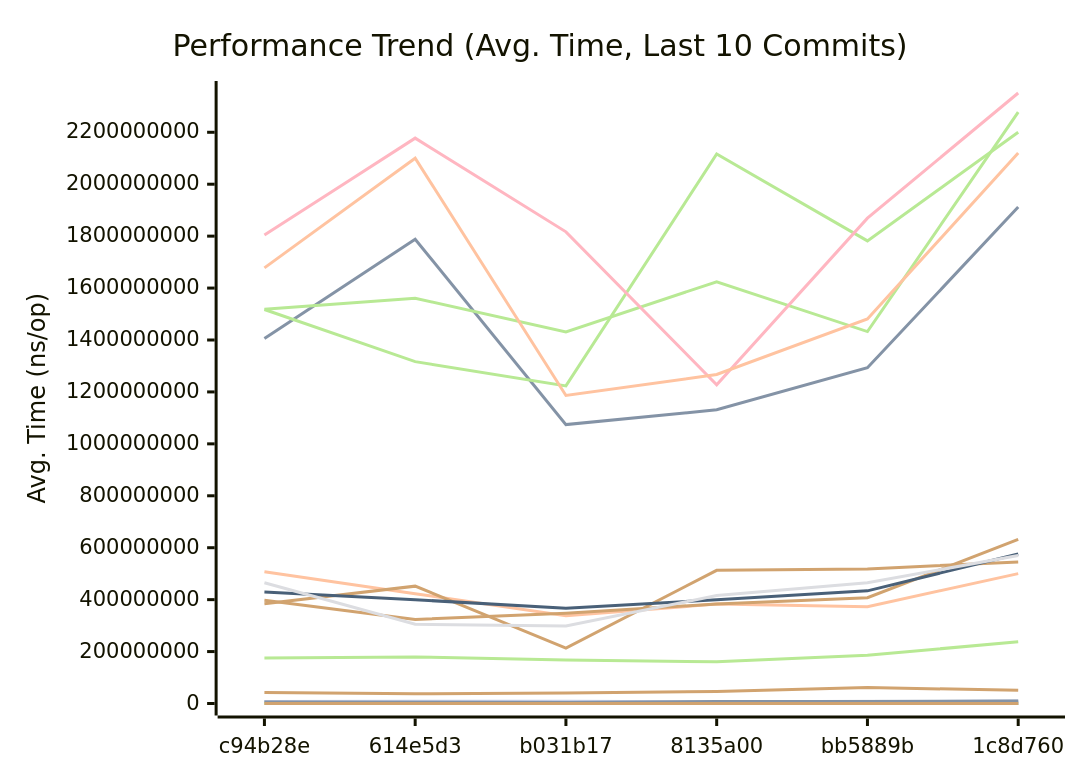
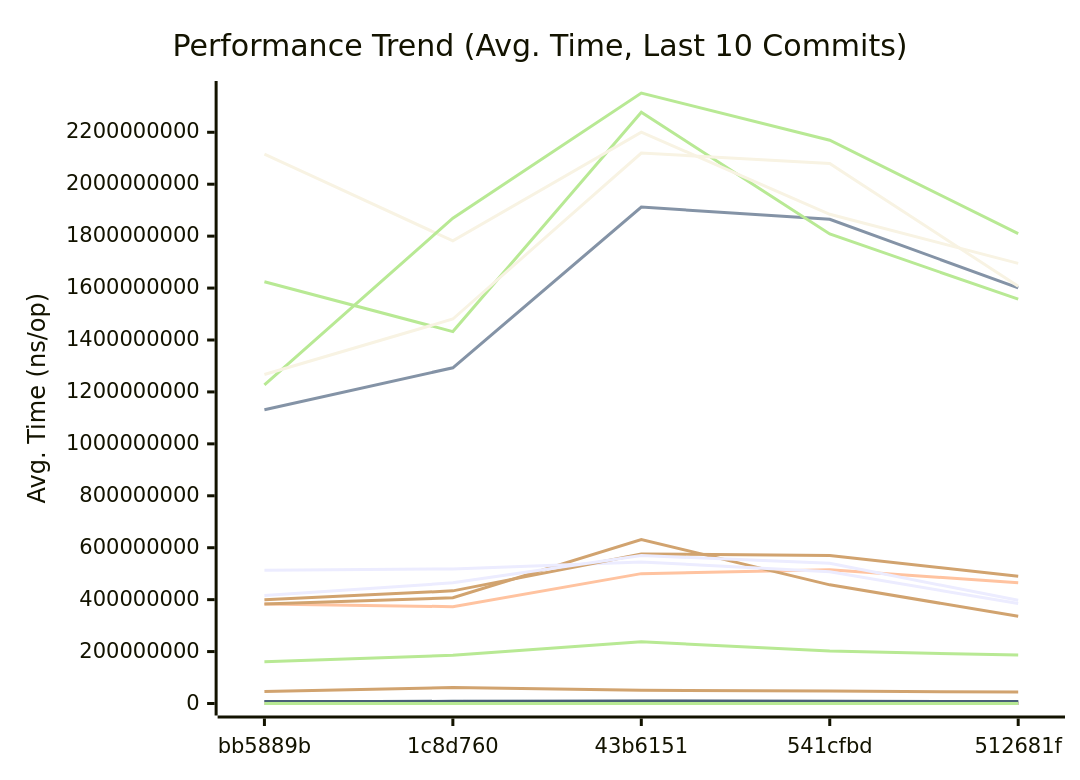
The first of 3 diagrams in docs/REFERENCE/PERFORMANCE.md (alsotoes/momo), drawn with Mermaid before and after one commit. The commit also changed other lines of this file and 17 other files, not shown here.

First line of the commit message:
fix(config): refuse or wire the knobs nobody read (#1323)

````diff
--- a/docs/REFERENCE/PERFORMANCE.md
+++ b/docs/REFERENCE/PERFORMANCE.md
@@ -303,53 +335,62 @@
 ```mermaid
 xychart-beta
     title "Performance Trend (Avg. Time, Last 10 Commits)"
     x-axis "Commit"
     y-axis "Avg. Time (ns/op)"
-    x-axis [c94b28e,614e5d3,b031b17,8135a00,bb5889b,1c8d760]
-    line "AdaptivePutBlob64KiB" [0,0,0,0,0,0,0,0,0,17]
-    line "AWSChunkedReaderSigned" [680259,833482,953309,627888,785988,1067684,922629,835570,548150,405170]
-    line "AWSChunkedReaderUnsigned" [889133,730853,858757,790951,977586,1009938,957235,977699,406537,398826]
-    line "CheckMetricsAndSwap" [17,10,13,15,17,19,19,15,11,8]
-    line "CrushOptimized" [685,798,468,532,465,1105,686,634,334,265]
-    line "CrushOriginal" [855,1268,698,834,795,4070,916,1020,434,366]
-    line "EtagMatches" [0,0,0,0,0,0,0,0,131,136]
-    line "EtagMatchesSplit" [0,0,0,0,0,0,0,0,258,199]
-    line "FormatListObjectsV2XML_AppendFormat" [1782191,1061116,1008647,1406590,1275364,2945065,1883129,1270213,1042577,433859]
-    line "FormatListObjectsV2XML_OldFormat" [907084,473930,533866,813796,870950,1231705,951687,744615,418249,322740]
-    line "HashBytes/1MiB" [5383828,7555000,5598473,4921734,5879995,7762528,6632796,6072494,3710346,3000269]
-    line "HashBytes/256MiB" [1405443275,1788061102,1074265335,1131266592,1293022873,1911922639,1864794800,1600838236,823282797,726614806]
-    line "HashBytes/64MiB" [507641214,422715939,338237103,382860244,372987075,500199690,515415655,464721050,202044522,200382060]
-    line "HashFile/1MiB" [5618671,6533318,4172609,6261739,5169082,7925836,7984742,6072545,3675098,2969187]
-    line "HashFile/256MiB" [1518211227,1560936348,1431277931,1624300639,1432425639,2277372507,1808278202,1557151244,1000066847,739685958]
-    line "HashFile/64MiB" [397822488,323633746,347435470,383484634,407202955,631755332,456982643,336180629,239489276,218262290]
-    line "IndexDirectTracking" [1,1,1,1,1,1,1,1,0,0]
-    line "IndexSearch" [5,4,4,4,5,5,5,4,3,1]
-    line "LastModifiedHeader_AppendFormat" [453,385,315,376,542,692,554,477,216,278]
-    line "LastModifiedHeader_Format" [635,526,444,488,574,945,740,531,268,229]
-    line "ListPartsTime_AppendFormat" [0,0,0,0,0,0,0,0,147,112]
-    line "ListPartsTime_Format" [0,0,0,0,0,0,0,0,228,131]
-    line "LoadGlobalConfig" [21404,21459,15616,14400,18548,33096,27395,21243,10008,7746]
-    line "LocalWrite/1MiB" [782921,673496,973167,928144,1116026,1101952,948941,944282,1010917,347300]
-    line "LocalWrite/256MiB" [175219427,179514948,167743774,160436947,185677716,237694458,201951766,186460606,117006503,121124511]
-    line "LocalWrite/64MiB" [42014368,37648886,40720206,46095057,61144515,51244002,47739884,44142497,30347924,28019036]
-    line "PadString" [86,67,85,80,88,254,130,105,43,37]
-    line "ParseAWSChunkHeader" [0,0,0,0,0,0,0,0,60,48]
+    x-axis [bb5889b,1c8d760,43b6151,541cfbd,512681f]
+    line "AdaptivePutBlob64KiB" [0,0,0,0,0,0,17,11,14,14]
+    line "AWSChunkedReaderSigned" [627888,785988,1067684,922629,835570,548150,405170,491416,498672,442773]
+    line "AWSChunkedReaderUnsigned" [790951,977586,1009938,957235,977699,406537,398826,461568,451388,492050]
+    line "CheckMetricsAndSwap" [15,17,19,19,15,11,8,9,10,10]
+    line "CrushOptimized" [532,465,1105,686,634,334,265,292,400,336]
+    line "CrushOriginal" [834,795,4070,916,1020,434,366,438,496,496]
+    line "EtagMatches" [0,0,0,0,0,131,136,136,140,163]
+    line "EtagMatchesSplit" [0,0,0,0,0,258,199,258,242,236]
+    line "FormatListObjectsV2XML_AppendFormat" [1406590,1275364,2945065,1883129,1270213,1042577,433859,661678,756413,554380]
+    line "FormatListObjectsV2XML_OldFormat" [813796,870950,1231705,951687,744615,418249,322740,431853,415522,375614]
+    line "HashBytes/1MiB" [4921734,5879995,7762528,6632796,6072494,3710346,3000269,3524523,4375127,4746296]
+    line "HashBytes/256MiB" [1131266592,1293022873,1911922639,1864794800,1600838236,823282797,726614806,780063614,1024959183,969970227]
+    line "HashBytes/64MiB" [382860244,372987075,500199690,515415655,464721050,202044522,200382060,194053876,285996622,217000263]
+    line "HashFile/1MiB" [6261739,5169082,7925836,7984742,6072545,3675098,2969187,3903427,4916313,3947332]
+    line "HashFile/256MiB" [1624300639,1432425639,2277372507,1808278202,1557151244,1000066847,739685958,996414790,790951710,1027044743]
+    line "HashFile/64MiB" [383484634,407202955,631755332,456982643,336180629,239489276,218262290,242609956,266520347,247083013]
+    line "IndexDirectTracking" [1,1,1,1,1,0,0,0,0,0]
+    line "IndexSearch" [4,5,5,5,4,3,1,3,3,3]
+    line "LastModifiedHeader_AppendFormat" [376,542,692,554,477,216,278,259,237,238]
+    line "LastModifiedHeader_Format" [488,574,945,740,531,268,229,299,300,268]
+    line "ListPartsTime_AppendFormat" [0,0,0,0,0,147,112,161,128,140]
+    line "ListPartsTime_Format" [0,0,0,0,0,228,131,179,179,164]
+    line "LoadGlobalConfig" [14400,18548,33096,27395,21243,10008,7746,9289,10909,9544]
+    line "LocalWrite/1MiB" [928144,1116026,1101952,948941,944282,1010917,347300,439293,526356,459321]
+    line "LocalWrite/256MiB" [160436947,185677716,237694458,201951766,186460606,117006503,121124511,105548151,120360407,107903293]
+    line "LocalWrite/64MiB" [46095057,61144515,51244002,47739884,44142497,30347924,28019036,25671836,27703766,26056870]
+    line "PadString" [80,88,254,130,105,43,37,47,46,48]
+    line "ParseACLResource_IndexByte" [0,0,0,0,0,0,0,11,15,13]
+    line "ParseACLResource_Split" [0,0,0,0,0,0,0,12,15,13]
+    line "ParseAWSChunkHeader" [0,0,0,0,0,60,48,58,51,52]
+    line "ParseChecksum" [0,0,0,0,0,0,0,0,422,456]
+    line "ParseChecksumDynamicBaseline" [0,0,0,0,0,0,0,0,1068,1121]
     line "ParseReplicationOrder_NoPrealloc" [350,349,357,354,345,225,229,165,232,234]
     line "ParseReplicationOrder_Prealloc" [229,231,237,234,229,108,107,80,110,109]
-    line "PheromoneSelectReplica" [0,0,0,0,0,0,0,0,147,100]
-    line "Placement" [11321,10377,7200,8789,8100,27755,9688,11354,4955,4184]
-    line "PlacementDomainSpread" [11792,9468,8229,9655,8934,18491,11295,11204,5022,4314]
-    line "ReadVerify/1MiB" [5670392,7713170,4757418,5869903,8481402,7559053,7811454,5644733,3327797,4498182]
-    line "ReadVerify/256MiB" [1517577657,1316685724,1223335569,2116170500,1781612989,2200381287,1884111924,1695229855,1036046699,780597293]
-    line "ReadVerify/64MiB" [383828668,451931212,213251291,512922822,518387680,545034562,507474576,384974247,220829241,267156263]
-    line "S3PutSpool/1MiB" [7822144,8408058,8591213,6157166,6498512,9327955,8640777,6831278,5035437,4581575]
-    line "S3PutSpool/256MiB" [1803968295,2177507350,1816522977,1227464198,1869122530,2351294741,2169231306,1809657163,1142651067,964616587]
-    line "S3PutSpool/64MiB" [429216770,399626051,367182715,399702230,433842837,576056595,569773006,490049884,397469794,405975024]
-    line "SanitizeLog/Safe" [428,331,547,453,464,721,570,552,226,209]
-    line "SanitizeLog/Unsafe" [1405,1260,1471,1234,1310,2660,1976,1462,820,505]
-    line "TrustedRead/1MiB" [5650216,4830214,4254033,7751297,7357692,9625274,8251662,7395052,4596938,3107216]
-    line "TrustedRead/256MiB" [1677679418,2100324369,1186508654,1267006234,1480761171,2120164443,2079407950,1606816652,915715493,873252194]
-    line "TrustedRead/64MiB" [465018339,305338723,298647819,415837736,464687610,569925858,539820546,397487249,311974463,226161143]
-    line "VolumeGetBlob64KiB" [0,0,0,0,0,0,0,0,0,17]
-    line "VolumePutBlob64KiB" [0,0,0,0,0,0,0,0,0,17]
+    line "PheromoneSelectReplica" [0,0,0,0,0,147,100,126,142,138]
+    line "PickShedTarget" [0,0,0,0,0,0,0,0,1816,1720]
+    line "Placement" [8789,8100,27755,9688,11354,4955,4184,4762,6056,5033]
+    line "PlacementDomainSpread" [9655,8934,18491,11295,11204,5022,4314,5679,5795,5475]
+    line "ReadVerify/1MiB" [5869903,8481402,7559053,7811454,5644733,3327797,4498182,3101042,3485862,4317772]
+    line "ReadVerify/256MiB" [2116170500,1781612989,2200381287,1884111924,1695229855,1036046699,780597293,815690354,1073247430,969819791]
+    line "ReadVerify/64MiB" [512922822,518387680,545034562,507474576,384974247,220829241,267156263,203319126,261147241,297291525]
+    line "RebalanceCycle/blobs=100" [0,0,0,0,0,0,0,0,14,14]
+    line "RebalanceCycle/blobs=1000" [0,0,0,0,0,0,0,0,14,14]
+    line "S3PutSpool/1MiB" [6157166,6498512,9327955,8640777,6831278,5035437,4581575,4698909,3882087,3964066]
+    line "S3PutSpool/256MiB" [1227464198,1869122530,2351294741,2169231306,1809657163,1142651067,964616587,1258493581,1186248512,1064203667]
+    line "S3PutSpool/64MiB" [399702230,433842837,576056595,569773006,490049884,397469794,405975024,270841111,273742593,336170503]
+    line "SanitizeLog/Safe" [453,464,721,570,552,226,209,232,266,301]
+    line "SanitizeLog/Unsafe" [1234,1310,2660,1976,1462,820,505,674,739,757]
+    line "TrustedRead/1MiB" [7751297,7357692,9625274,8251662,7395052,4596938,3107216,4558682,5041465,4592184]
+    line "TrustedRead/256MiB" [1267006234,1480761171,2120164443,2079407950,1606816652,915715493,873252194,1331059181,989203582,1043718914]
+    line "TrustedRead/64MiB" [415837736,464687610,569925858,539820546,397487249,311974463,226161143,264425803,278622311,268179003]
+    line "VolumeGetBlob64KiB" [0,0,0,0,0,0,17,11,14,14]
+    line "VolumePutBlob64KiB" [0,0,0,0,0,0,17,11,14,14]
+    line "WriteThrottled/throttled-10Gbps" [0,0,0,0,0,0,0,0,738907,738939]
+    line "WriteThrottled/unlimited" [0,0,0,0,0,0,0,0,6,6]
 ```
````
